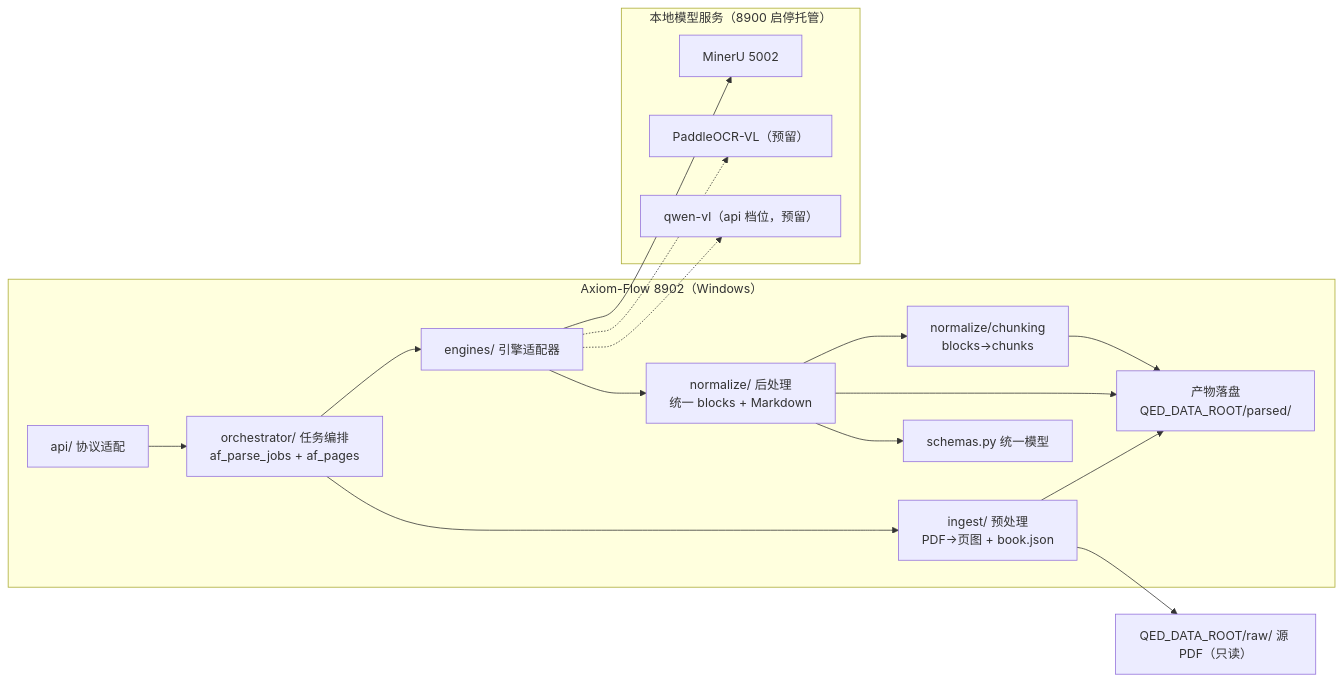
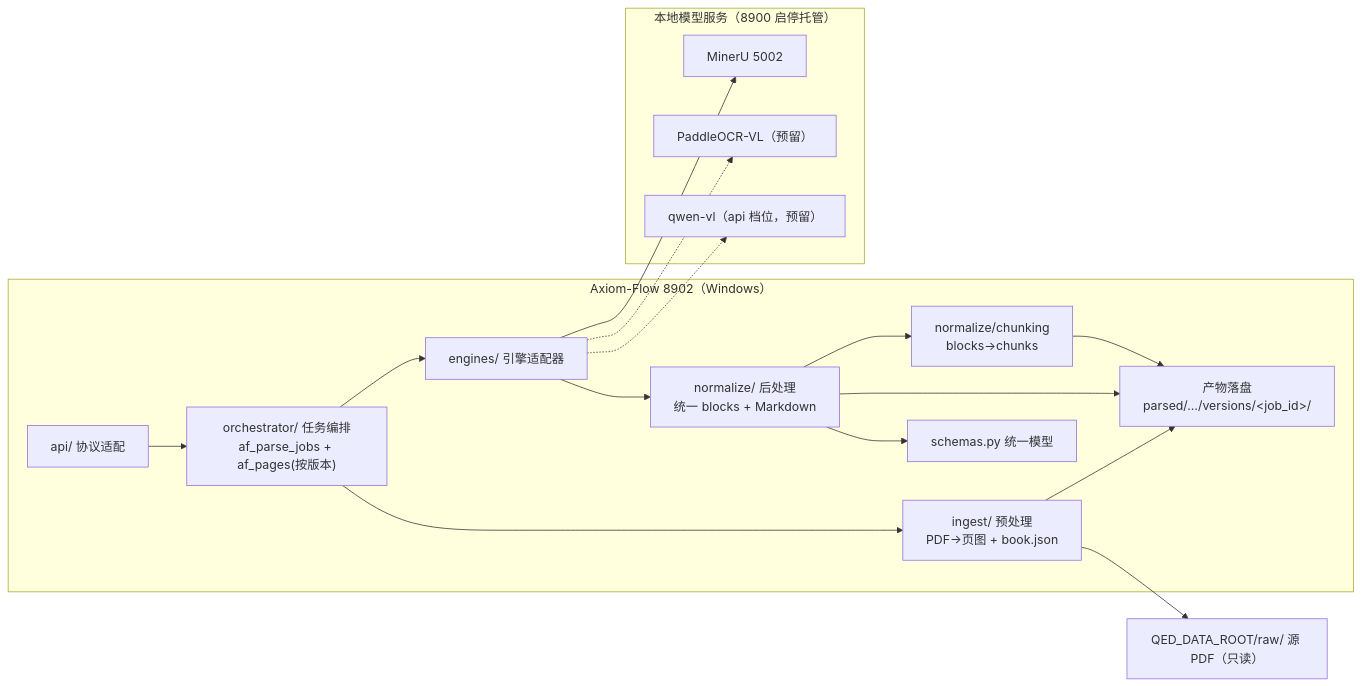
One commit to swfswf1234/Axiom-Flow changed the diagram in docs/design/parsing-pipeline.md. Above: the diagram before and after it, drawn with Mermaid. The commit also changed other lines of this file and 22 other files, not shown here.

First line of the commit message:
feat: 解析产物按 versions/<job_id> 划分并引入生效版本指针（PLAN-004 / REQ-080）

````diff
--- a/docs/design/parsing-pipeline.md
+++ b/docs/design/parsing-pipeline.md
@@ -42,33 +42,33 @@
 ```mermaid
 flowchart LR
     subgraph WIN["Axiom-Flow 8902（Windows）"]
         API["api/ 协议适配"]
-        OR["orchestrator/ 任务编排<br/>af_parse_jobs + af_pages"]
+        OR["orchestrator/ 任务编排<br/>af_parse_jobs + af_pages(按版本)"]
         ING["ingest/ 预处理<br/>PDF→页图 + book.json"]
         ENG["engines/ 引擎适配器"]
         NRM["normalize/ 后处理<br/>统一 blocks + Markdown"]
         CHK["normalize/chunking<br/>blocks→chunks"]
         SCH["schemas.py 统一模型"]
-        ST["产物落盘<br/>QED_DATA_ROOT/parsed/"]
+        ST["产物落盘<br/>parsed/…/versions/&lt;job_id&gt;/"]
     end
     subgraph MODELS["本地模型服务（8900 启停托管）"]
         MRU["MinerU 5002"]
         PVL["PaddleOCR-VL（预留）"]
         QVL["qwen-vl（api 档位，预留）"]
     end
     RAW["QED_DATA_ROOT/raw/ 源 PDF（只读）"]
 
     API --> OR
     OR --> ING
     OR --> ENG
     ENG --> MRU
     ENG -.-> PVL
     ENG -.-> QVL
     ENG --> NRM
     NRM --> SCH
     NRM --> CHK
     CHK --> ST
     NRM --> ST
     ING --> RAW
     ING --> ST
 ```
````
